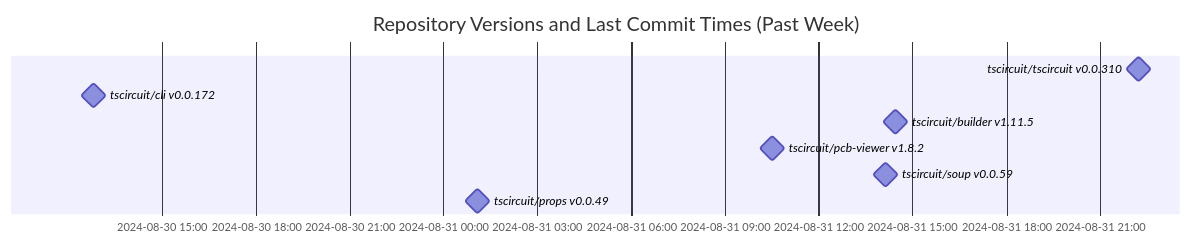
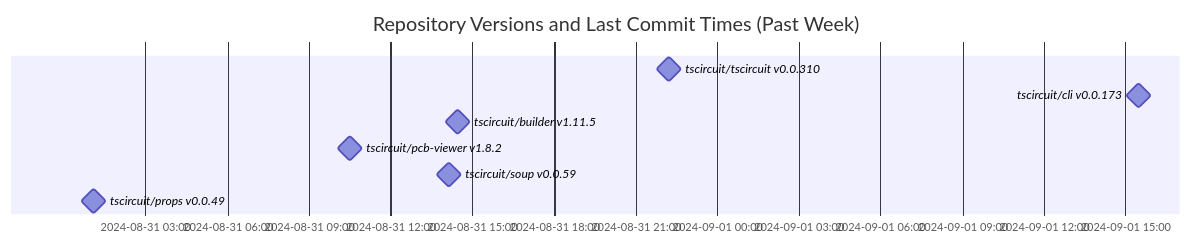
The diagram in README.md (tscircuit/version-tracker), drawn with Mermaid before and after one commit.

Commit message:
Update chart

````diff
--- a/README.md
+++ b/README.md
@@ -1,13 +1,13 @@
 ```mermaid
 gantt
   dateFormat  YYYY-MM-DD HH:mm:ss
   title Repository Versions and Last Commit Times (Past Week)
   axisFormat %Y-%m-%d %H:%M
 
   tscircuit/tscircuit v0.0.310 : milestone, 2024-08-31 22:14:10, 1s
-  tscircuit/cli v0.0.172 : milestone, 2024-08-30 12:48:12, 1s
+  tscircuit/cli v0.0.173 : milestone, 2024-09-01 15:28:45, 1s
   tscircuit/builder v1.11.5 : milestone, 2024-08-31 14:26:36, 1s
   tscircuit/pcb-viewer v1.8.2 : milestone, 2024-08-31 10:30:56, 1s
   tscircuit/soup v0.0.59 : milestone, 2024-08-31 14:07:29, 1s
   tscircuit/props v0.0.49 : milestone, 2024-08-31 01:05:09, 1s
 ```
````
